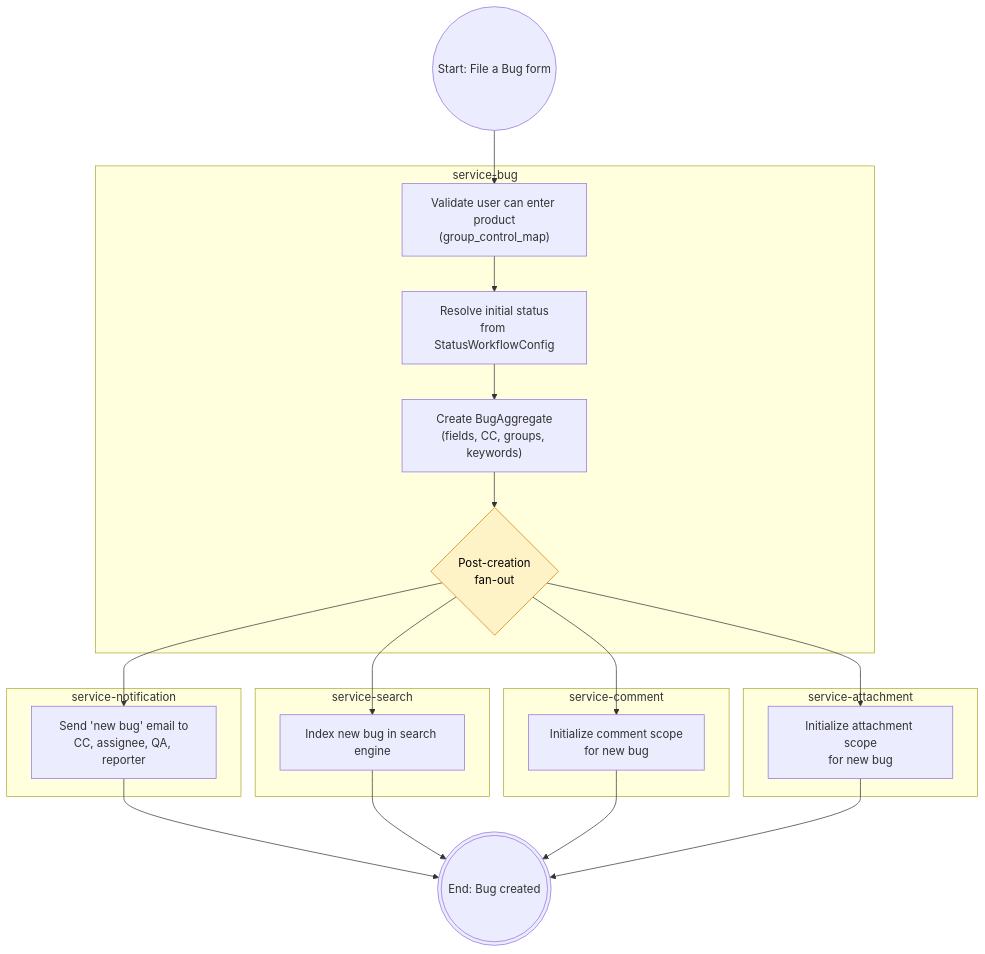
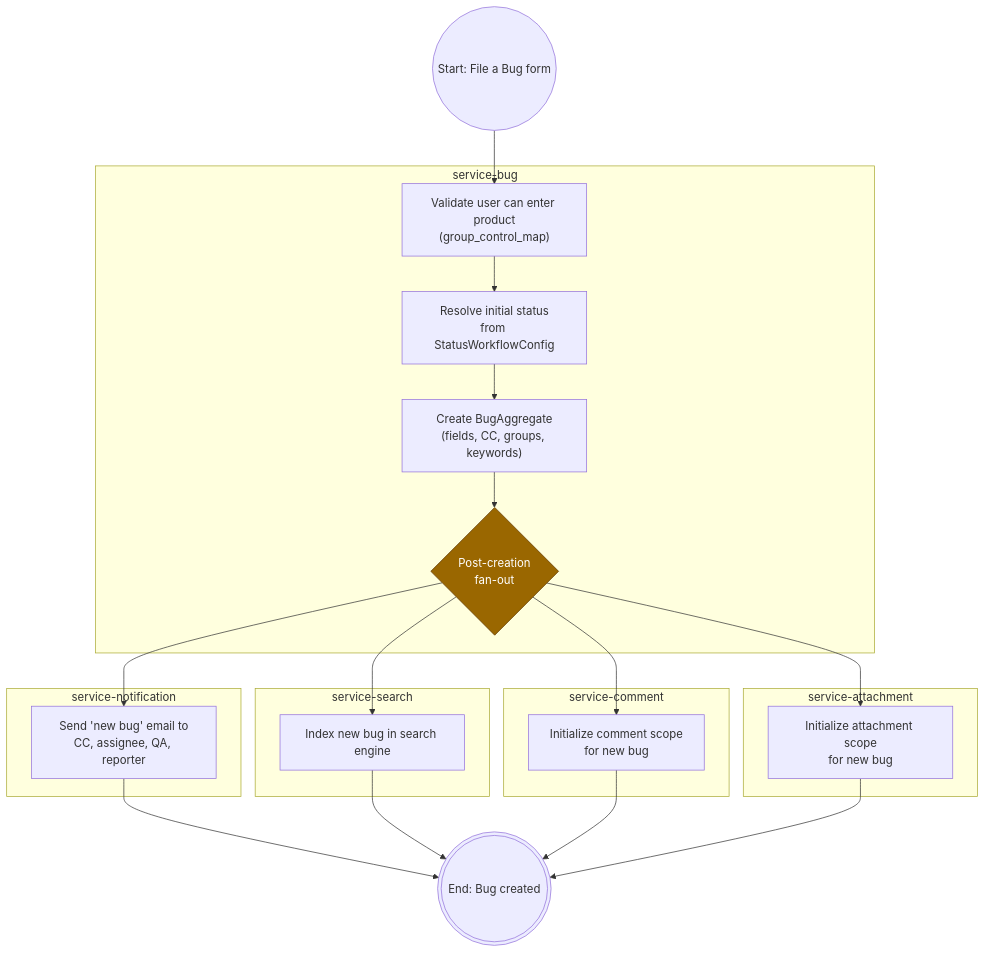
The first of 8 diagrams in workflows/workflow-bug-lifecycle.md (josh289/discovery-docs-example), drawn with Mermaid before and after one commit. The commit also changed other lines of this file and 5 other files, not shown here.

First line of the commit message:
events+styling: convert ASCII flows to Mermaid + dark-mode palette

````diff
--- a/workflows/workflow-bug-lifecycle.md
+++ b/workflows/workflow-bug-lifecycle.md
@@ -32,45 +32,45 @@
 ```mermaid
 flowchart TD
     startCreate(("Start: File a Bug form"))
 
     subgraph bug["service-bug"]
         validateProductAccess["Validate user can enter product<br/>(group_control_map)"]
         validateWorkflowStatus["Resolve initial status<br/>from StatusWorkflowConfig"]
         createBugAggregate["Create BugAggregate<br/>(fields, CC, groups, keywords)"]
         gatewayPostCreation{"Post-creation<br/>fan-out"}
     end
 
     subgraph notif["service-notification"]
         notifyBugCreated["Send 'new bug' email to<br/>CC, assignee, QA, reporter"]
     end
 
     subgraph search["service-search"]
         indexBugCreated["Index new bug in search engine"]
     end
 
     subgraph comment["service-comment"]
         seedCommentScope["Initialize comment scope<br/>for new bug"]
     end
 
     subgraph attachment["service-attachment"]
         seedAttachmentScope["Initialize attachment scope<br/>for new bug"]
     end
 
     endCreated((("End: Bug created")))
 
     startCreate --> validateProductAccess
     validateProductAccess --> validateWorkflowStatus
     validateWorkflowStatus --> createBugAggregate
     createBugAggregate --> gatewayPostCreation
     gatewayPostCreation --> notifyBugCreated
     gatewayPostCreation --> indexBugCreated
     gatewayPostCreation --> seedCommentScope
     gatewayPostCreation --> seedAttachmentScope
     notifyBugCreated --> endCreated
     indexBugCreated --> endCreated
     seedCommentScope --> endCreated
     seedAttachmentScope --> endCreated
 
-    classDef gateway fill:#fef3c7,stroke:#d97706,color:#000
+    classDef gateway fill:#9a6700,stroke:#5e3500,color:#ffffff
     class gatewayPostCreation gateway
 ```
````
